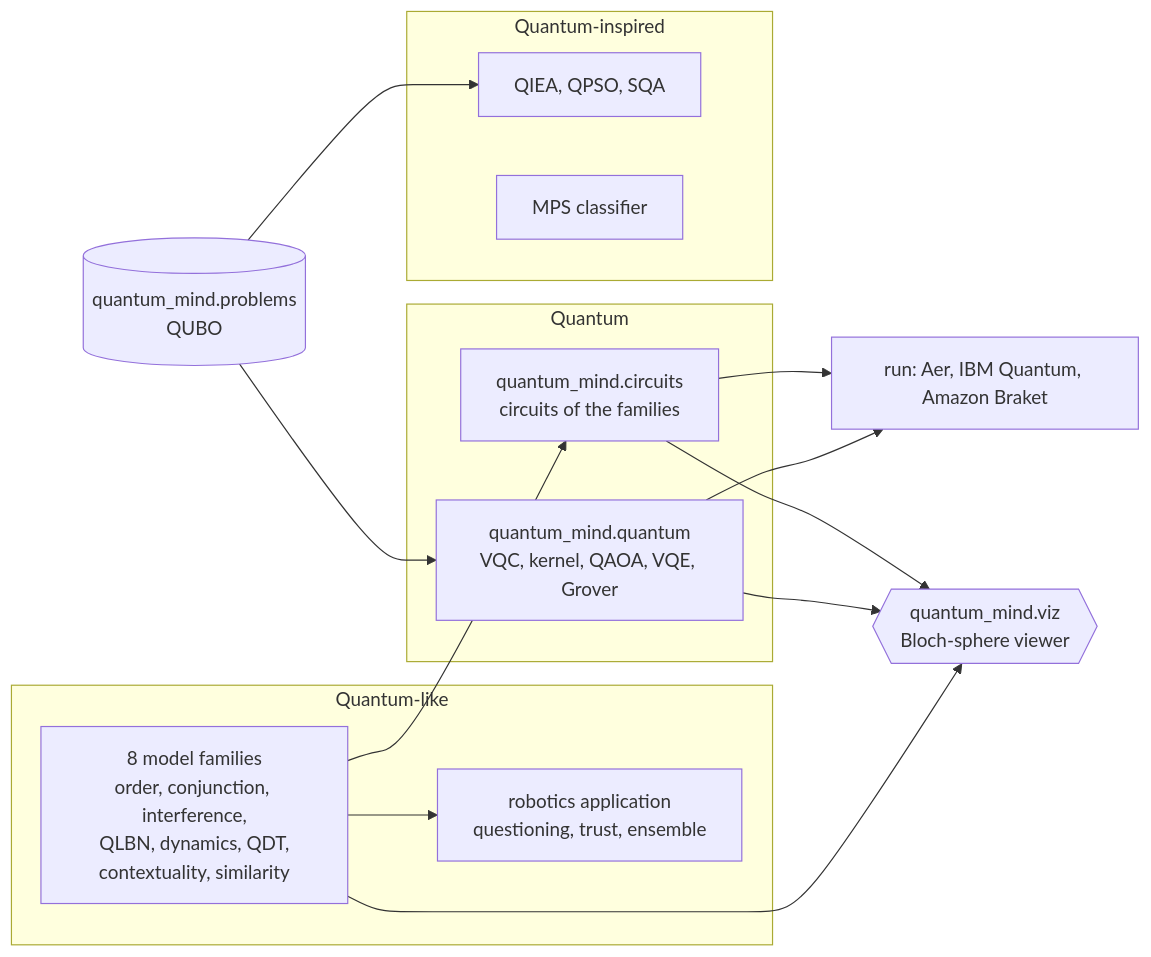
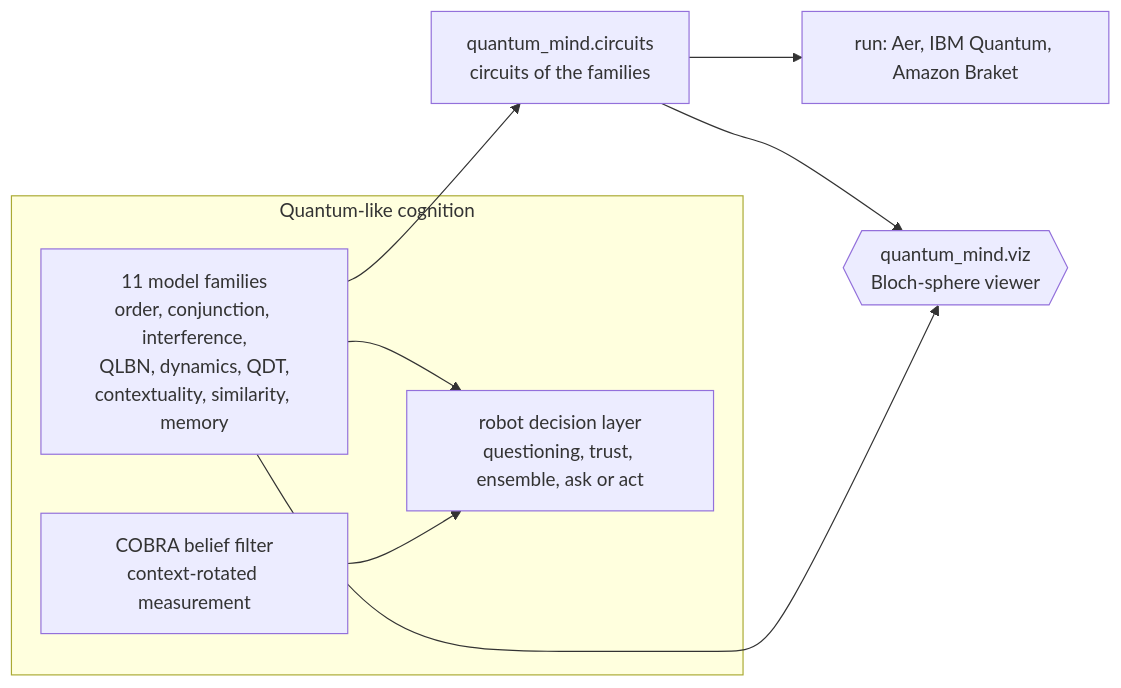
One commit to yeshwanthguru/Quantum-mind changed the diagram in docs/concepts.md. Above: the diagram before and after it, drawn with Mermaid. The commit also changed other lines of this file and 182 other files, not shown here.

First line of the commit message:
Rebuild the library around quantum-probability cognition for robotics

````diff
--- a/docs/concepts.md
+++ b/docs/concepts.md
@@ -17,26 +21,16 @@
 ```mermaid
 flowchart LR
-    subgraph QL[Quantum-like]
-      F[8 model families<br/>order, conjunction, interference,<br/>QLBN, dynamics, QDT,<br/>contextuality, similarity]
-      R[robotics application<br/>questioning, trust, ensemble]
+    subgraph QL[Quantum-like cognition]
+      F[11 model families<br/>order, conjunction, interference,<br/>QLBN, dynamics, QDT,<br/>contextuality, similarity, memory]
+      B[COBRA belief filter<br/>context-rotated measurement]
+      R[robot decision layer<br/>questioning, trust, ensemble, ask or act]
     end
-    subgraph Q[Quantum]
-      C[quantum_mind.circuits<br/>circuits of the families]
-      M[quantum_mind.quantum<br/>VQC, kernel, QAOA, VQE, Grover]
-    end
-    subgraph QI[Quantum-inspired]
-      O[QIEA, QPSO, SQA]
-      T[MPS classifier]
-    end
-    P[(quantum_mind.problems<br/>QUBO)]
+    C[quantum_mind.circuits<br/>circuits of the families]
     V{{quantum_mind.viz<br/>Bloch-sphere viewer}}
+    F --> R
+    B --> R
     F --> C
-    F --> R
-    P --> M
-    P --> O
-    C --> B[run: Aer, IBM Quantum, Amazon Braket]
-    M --> B
+    C --> H[run: Aer, IBM Quantum, Amazon Braket]
     C --> V
-    M --> V
     F --> V
 ```
````
